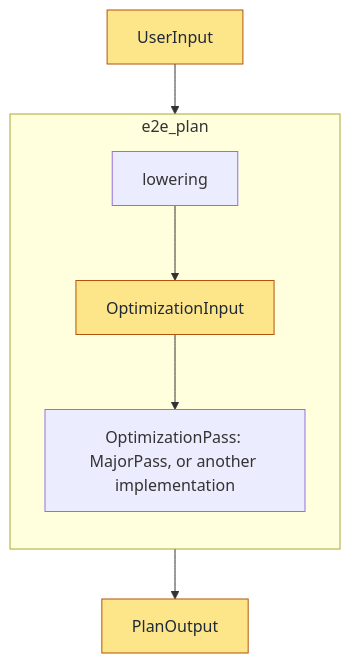
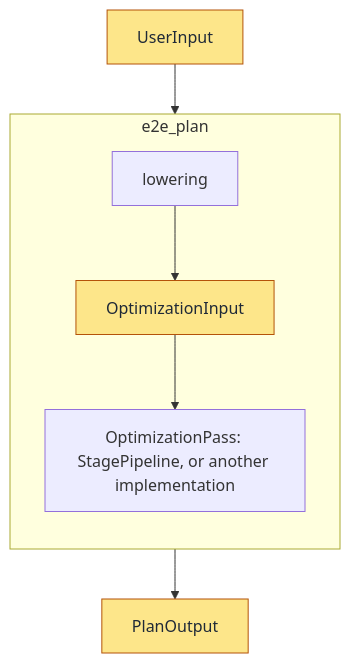
One commit to ProjectASAP/ASAPPlanner changed the diagram in docs/design_docs/architecture/updated_interface_with_pluggable_optimization.md. Above: the diagram before and after it, drawn with Mermaid. The commit also changed other lines of this file and 13 other files, not shown here.

First line of the commit message:
feat(planner): run the #509 stage pipeline with tree-DP selection; retire MajorPass

````diff
--- a/docs/design_docs/architecture/updated_interface_with_pluggable_optimization.md
+++ b/docs/design_docs/architecture/updated_interface_with_pluggable_optimization.md
@@ -37,19 +37,19 @@
 ```mermaid
 flowchart TD
     U["UserInput"]
     OUT["PlanOutput"]
 
     subgraph e2e_plan
         direction TB
         L["lowering"]
         O["OptimizationInput"]
-        PASS["OptimizationPass: MajorPass, or another implementation"]
+        PASS["OptimizationPass: StagePipeline, or another implementation"]
         L --> O --> PASS
     end
 
     U --> L
     PASS --> OUT
 
     classDef data fill:#fde68a,stroke:#b45309,color:#1f2937
     class U,O,OUT data
 ```
````
